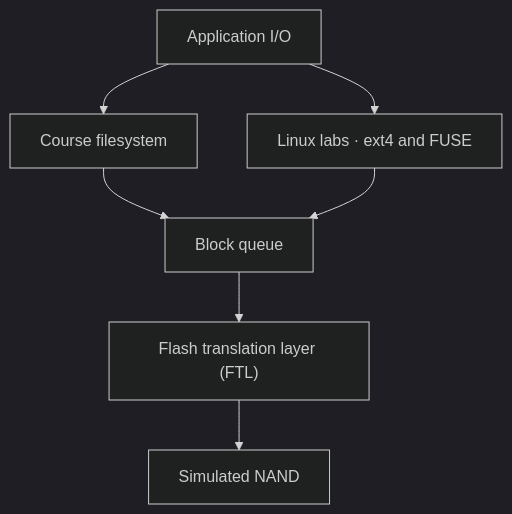
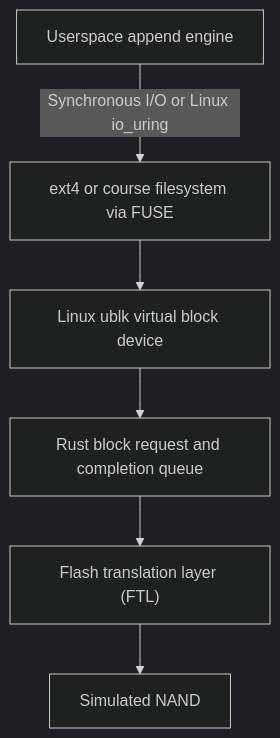
One commit to skyzh/io-journey changed the diagram in README.md. Above: the diagram before and after it, drawn with Mermaid (dark theme). The commit also changed other lines of this file, not shown here.

Commit message:
Show ublk and io_uring in the README diagram
Trace the append lab through Linux filesystems and the course block device to simulated NAND.

````diff
--- a/README.md
+++ b/README.md
@@ -20,9 +22,8 @@
 ```mermaid
 flowchart TD
-    App["Application I/O"] --> FS["Course filesystem"]
-    App --> Linux["Linux labs · ext4 and FUSE"]
-    FS --> Queue["Block queue"]
-    Linux --> Queue
+    App["Userspace append engine"] -->|"Synchronous I/O or Linux io_uring"| FS["ext4 or course filesystem via FUSE"]
+    FS --> Ublk["Linux ublk virtual block device"]
+    Ublk --> Queue["Rust block request and completion queue"]
     Queue --> FTL["Flash translation layer (FTL)"]
     FTL --> NAND["Simulated NAND"]
 ```
````
